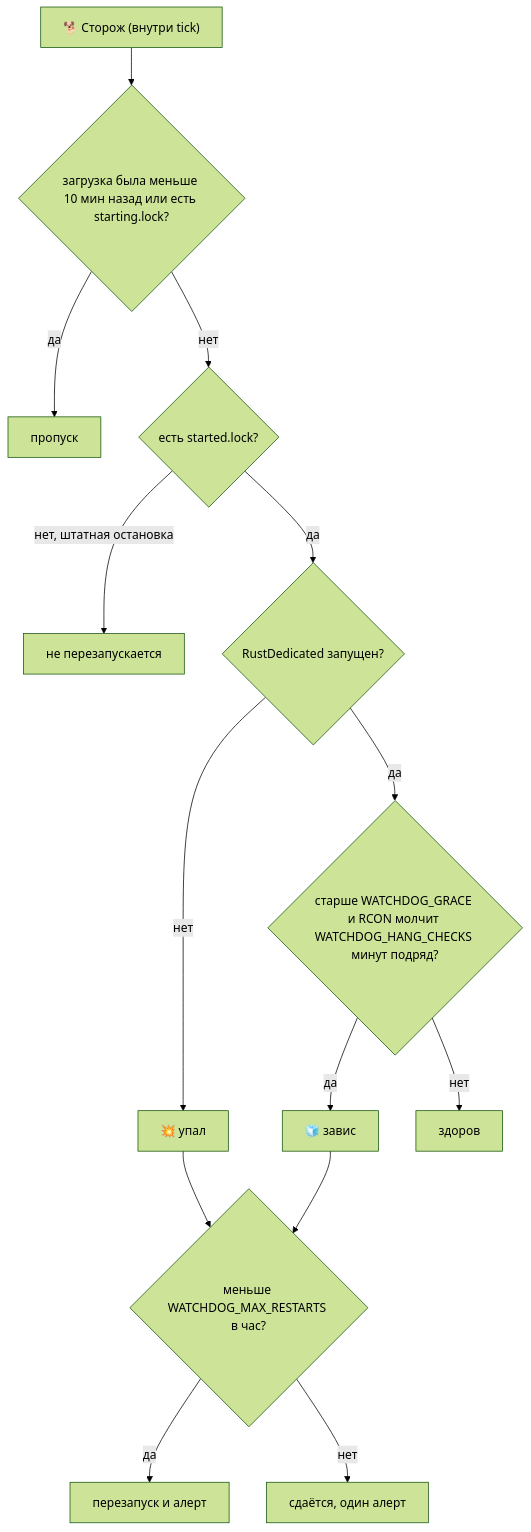
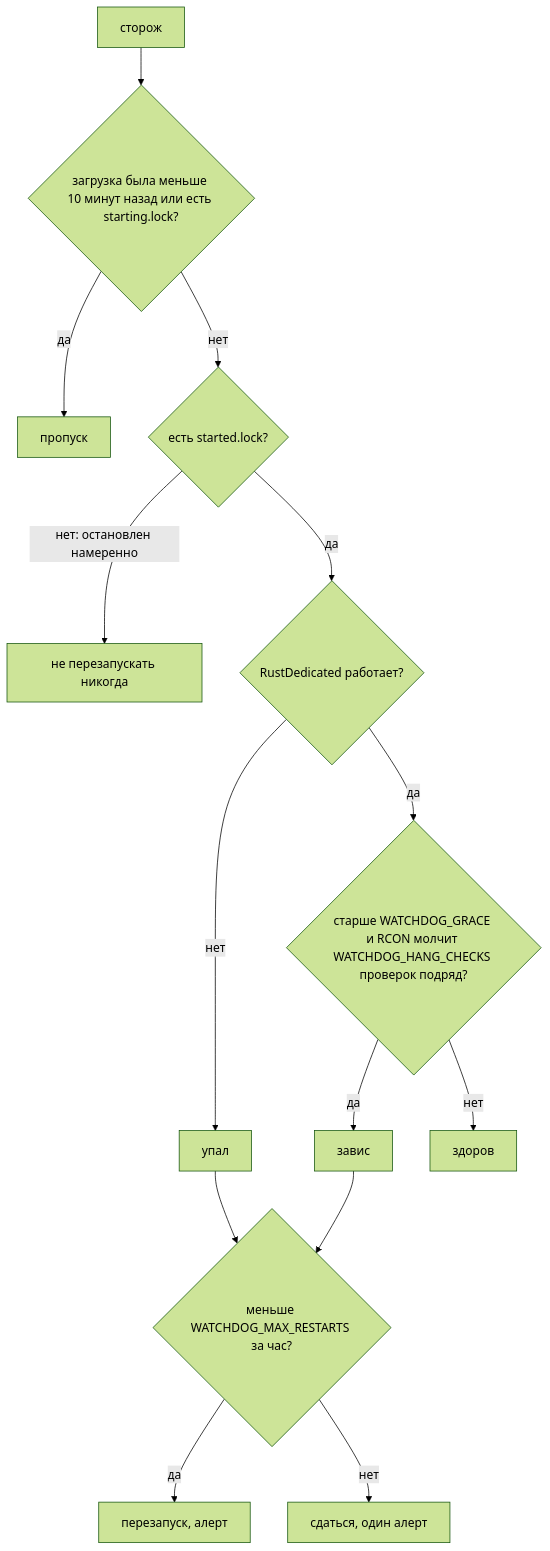
Before and after one commit to wobujidao/rust-wipe-manager: the fifth of 5 diagrams in README_RU.md, drawn with Mermaid (forest theme). The commit also changed other lines of this file and 4 other files, not shown here.

````diff
--- a/README_RU.md
+++ b/README_RU.md
@@ -313,16 +453,16 @@
 ```mermaid
-graph TD
-    W["🐕 Сторож (внутри tick)"] --> B{"загрузка была меньше 10 мин назад или есть starting.lock?"}
-    B -->|"да"| SKIP["пропуск"]
+flowchart TD
+    W["сторож"] --> B{"загрузка была меньше 10 минут назад или есть starting.lock?"}
+    B -->|"да"| SK["пропуск"]
     B -->|"нет"| L{"есть started.lock?"}
-    L -->|"нет, штатная остановка"| NEVER["не перезапускается"]
-    L -->|"да"| P{"RustDedicated запущен?"}
-    P -->|"нет"| CR["💥 упал"]
-    P -->|"да"| H{"старше WATCHDOG_GRACE и RCON молчит WATCHDOG_HANG_CHECKS минут подряд?"}
-    H -->|"да"| HU["🧊 завис"]
+    L -->|"нет: остановлен намеренно"| NV["не перезапускать никогда"]
+    L -->|"да"| P{"RustDedicated работает?"}
+    P -->|"нет"| CR["упал"]
+    P -->|"да"| H{"старше WATCHDOG_GRACE и RCON молчит WATCHDOG_HANG_CHECKS проверок подряд?"}
+    H -->|"да"| HU["завис"]
     H -->|"нет"| OK["здоров"]
-    CR --> LIM{"меньше WATCHDOG_MAX_RESTARTS в час?"}
+    CR --> LIM{"меньше WATCHDOG_MAX_RESTARTS за час?"}
     HU --> LIM
-    LIM -->|"да"| RS["перезапуск и алерт"]
-    LIM -->|"нет"| GU["сдаётся, один алерт"]
+    LIM -->|"да"| RS["перезапуск, алерт"]
+    LIM -->|"нет"| GU["сдаться, один алерт"]
 ```
````
